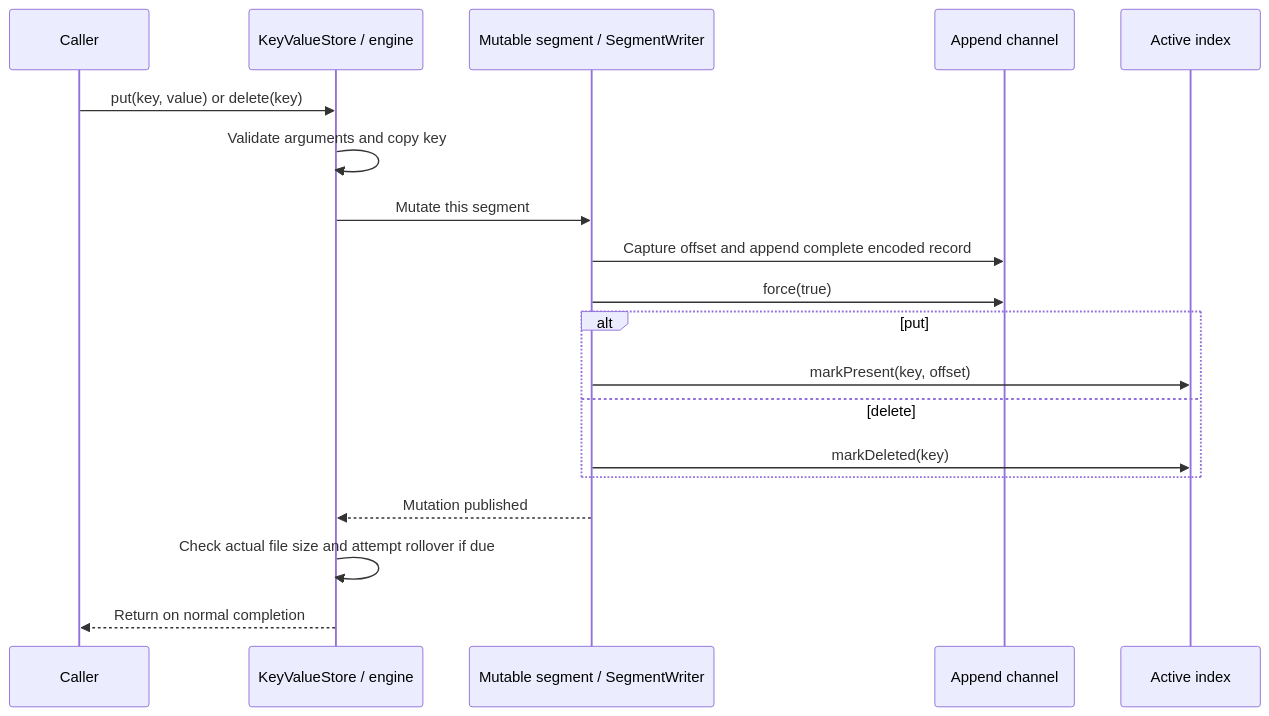
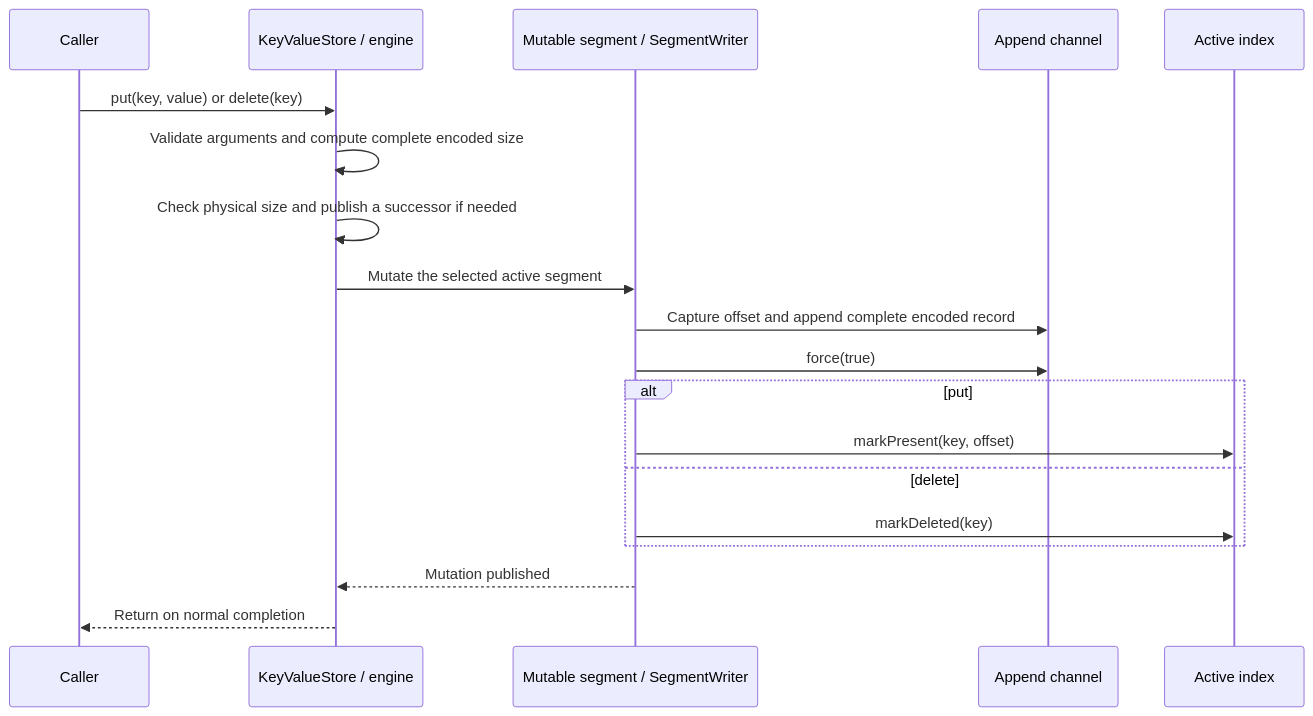
Before and after one commit to ryszardzmija/shaledb: the second of 3 diagrams in docs/architecture.md, drawn with Mermaid. The commit also changed other lines of this file and 28 other files, not shown here.

Commit message:
feat: make segment rollover crash-consistent

````diff
--- a/docs/architecture.md
+++ b/docs/architecture.md
@@ -52,21 +52,21 @@
 ```mermaid
 sequenceDiagram
     participant C as Caller
     participant E as KeyValueStore / engine
     participant W as Mutable segment / SegmentWriter
     participant F as Append channel
     participant I as Active index
     C->>E: put(key, value) or delete(key)
-    E->>E: Validate arguments and copy key
-    E->>W: Mutate this segment
+    E->>E: Validate arguments and compute complete encoded size
+    E->>E: Check physical size and publish a successor if needed
+    E->>W: Mutate the selected active segment
     W->>F: Capture offset and append complete encoded record
     W->>F: force(true)
     alt put
         W->>I: markPresent(key, offset)
     else delete
         W->>I: markDeleted(key)
     end
     W-->>E: Mutation published
-    E->>E: Check actual file size and attempt rollover if due
     E-->>C: Return on normal completion
 ```
````
